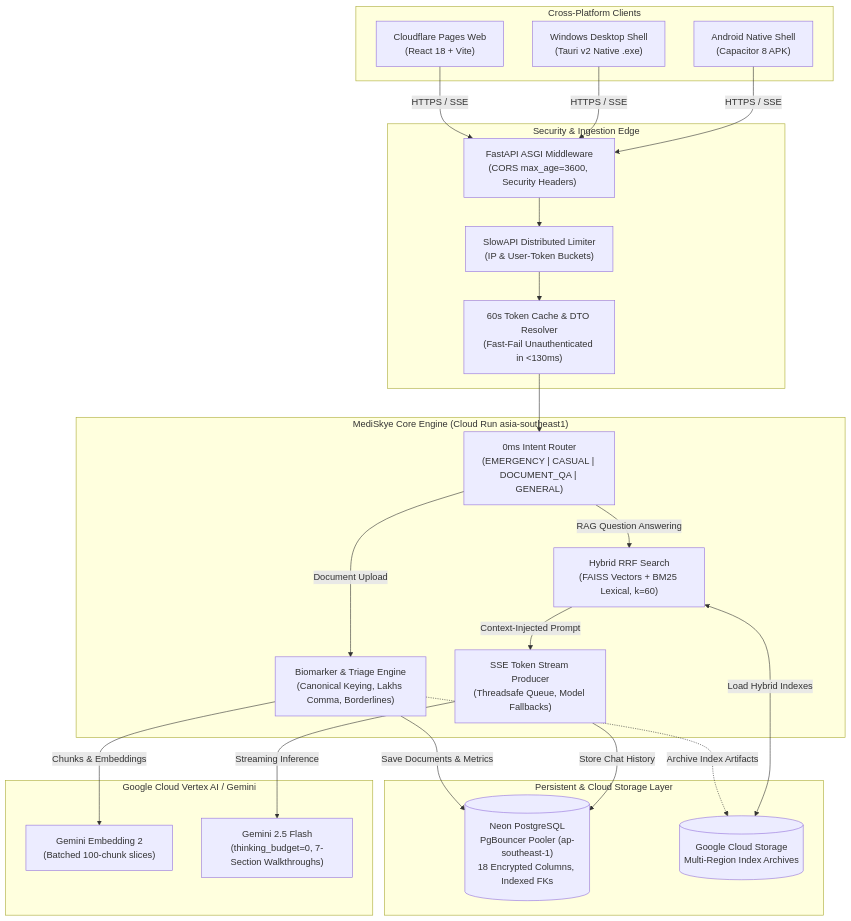
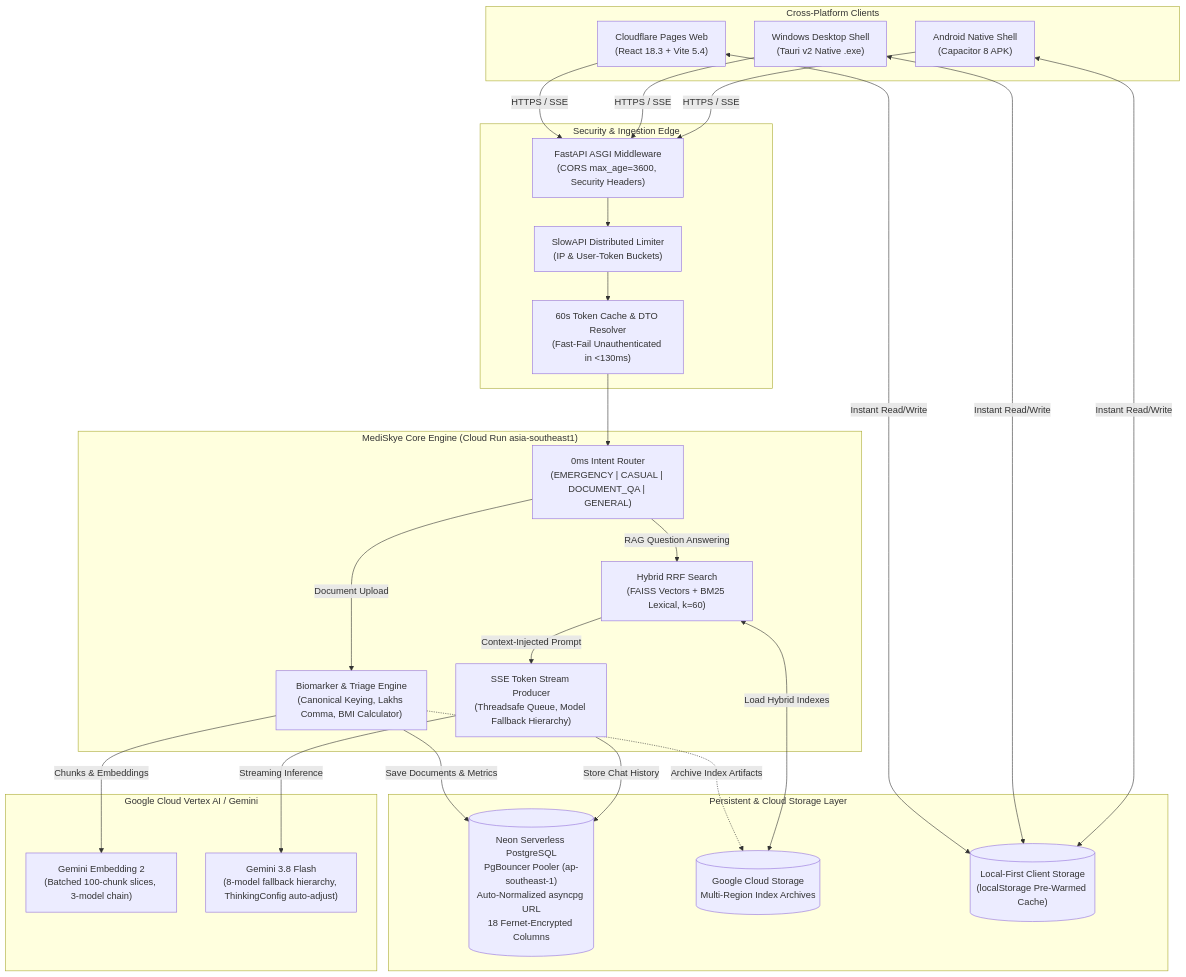
One commit to AdityaSharma2k04/MediSkye changed the diagram in README.md. Above: the diagram before and after it, drawn with Mermaid. The commit also changed other lines of this file, not shown here.

Commit message:
docs: update README to reflect latest Gemini 3.8 models, BMI engine, Neon asyncpg pooling, and 100% sync architecture

````diff
--- a/README.md
+++ b/README.md
@@ -86,44 +102,46 @@
 ```mermaid
 flowchart TB
     subgraph Clients["Cross-Platform Clients"]
-        WEB["Cloudflare Pages Web<br/>(React 18 + Vite)"]
+        WEB["Cloudflare Pages Web<br/>(React 18.3 + Vite 5.4)"]
         TAURI["Windows Desktop Shell<br/>(Tauri v2 Native .exe)"]
         ANDROID["Android Native Shell<br/>(Capacitor 8 APK)"]
     end
 
     subgraph Edge["Security & Ingestion Edge"]
         CORS["FastAPI ASGI Middleware<br/>(CORS max_age=3600, Security Headers)"]
         RATE["SlowAPI Distributed Limiter<br/>(IP & User-Token Buckets)"]
         AUTH_GATE["60s Token Cache & DTO Resolver<br/>(Fast-Fail Unauthenticated in <130ms)"]
     end
 
     subgraph Core["MediSkye Core Engine (Cloud Run asia-southeast1)"]
         ROUTER["0ms Intent Router<br/>(EMERGENCY | CASUAL | DOCUMENT_QA | GENERAL)"]
-        EXTRACT["Biomarker & Triage Engine<br/>(Canonical Keying, Lakhs Comma, Borderlines)"]
+        EXTRACT["Biomarker & Triage Engine<br/>(Canonical Keying, Lakhs Comma, BMI Calculator)"]
         RAG["Hybrid RRF Search<br/>(FAISS Vectors + BM25 Lexical, k=60)"]
-        STREAM["SSE Token Stream Producer<br/>(Threadsafe Queue, Model Fallbacks)"]
+        STREAM["SSE Token Stream Producer<br/>(Threadsafe Queue, Model Fallback Hierarchy)"]
     end
 
     subgraph Storage["Persistent & Cloud Storage Layer"]
-        NEON[("Neon PostgreSQL<br/>PgBouncer Pooler (ap-southeast-1)<br/>18 Encrypted Columns, Indexed FKs")]
+        NEON[("Neon Serverless PostgreSQL<br/>PgBouncer Pooler (ap-southeast-1)<br/>Auto-Normalized asyncpg URL<br/>18 Fernet-Encrypted Columns")]
         GCS[("Google Cloud Storage<br/>Multi-Region Index Archives")]
+        LOCAL_CACHE[("Local-First Client Storage<br/>(localStorage Pre-Warmed Cache)")]
     end
 
     subgraph Intelligence["Google Cloud Vertex AI / Gemini"]
-        EMBED_API["Gemini Embedding 2<br/>(Batched 100-chunk slices)"]
-        GEMINI_LLM["Gemini 2.5 Flash<br/>(thinking_budget=0, 7-Section Walkthroughs)"]
+        EMBED_API["Gemini Embedding 2<br/>(Batched 100-chunk slices, 3-model chain)"]
+        GEMINI_LLM["Gemini 3.8 Flash<br/>(8-model fallback hierarchy, ThinkingConfig auto-adjust)"]
     end
 
     WEB & TAURI & ANDROID -->|HTTPS / SSE| CORS
+    WEB & TAURI & ANDROID <-->|Instant Read/Write| LOCAL_CACHE
     CORS --> RATE --> AUTH_GATE
     AUTH_GATE --> ROUTER
     ROUTER -->|Document Upload| EXTRACT
     EXTRACT -->|Chunks & Embeddings| EMBED_API
     EXTRACT -->|Save Documents & Metrics| NEON
     EXTRACT -.->|Archive Index Artifacts| GCS
     ROUTER -->|RAG Question Answering| RAG
     RAG <-->|Load Hybrid Indexes| GCS
     RAG -->|Context-Injected Prompt| STREAM
     STREAM -->|Streaming Inference| GEMINI_LLM
     STREAM -->|Store Chat History| NEON
 ```
````
